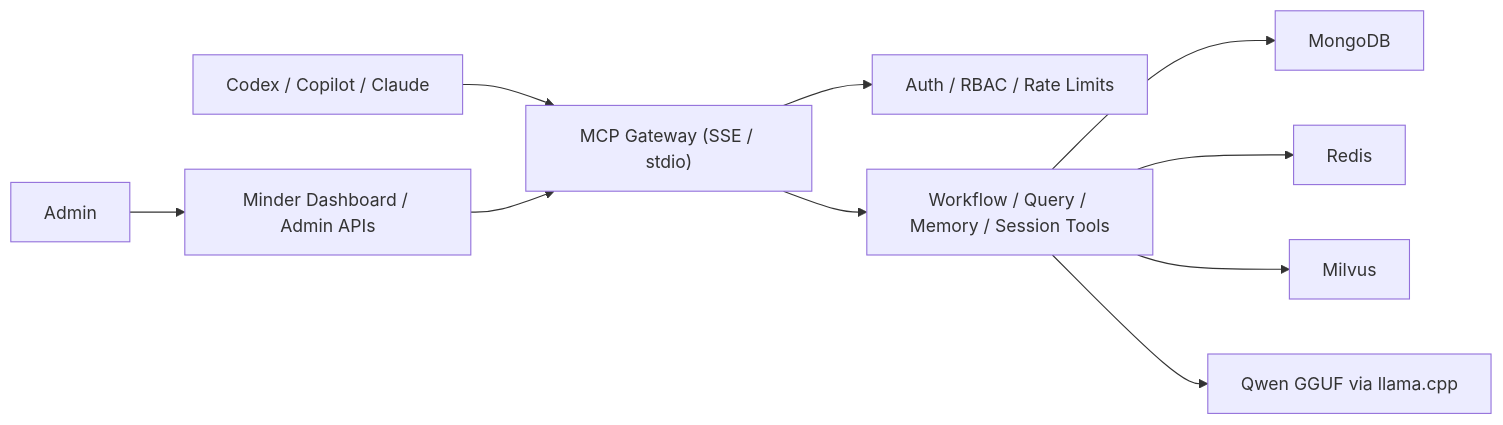
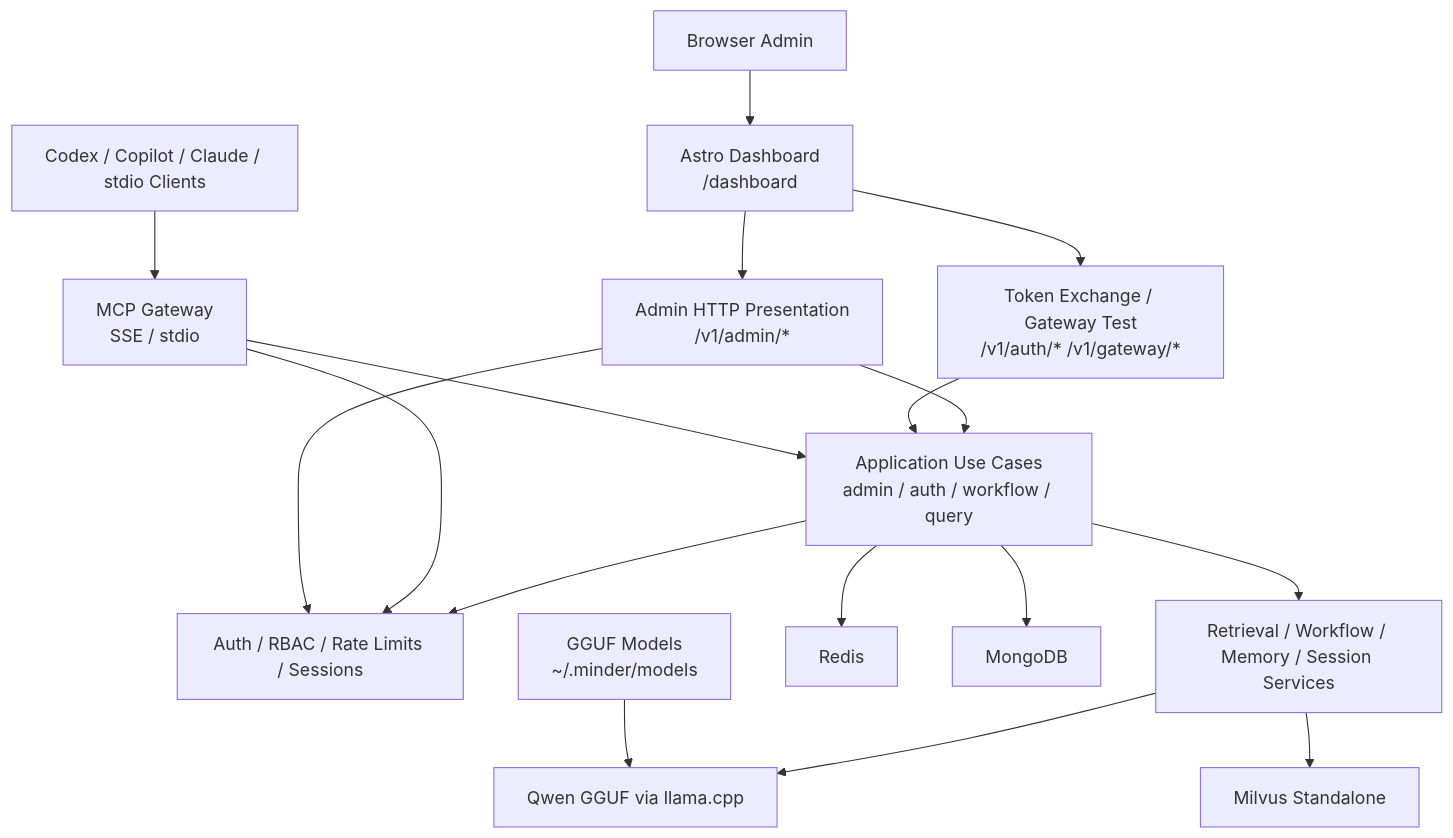
The first of 2 diagrams in README.md (hiimtrung/minder), drawn with Mermaid before and after one commit. The commit also changed other lines of this file and 71 other files, not shown here.

First line of the commit message:
feat: Implement admin dashboard with API and routing

````diff
--- a/README.md
+++ b/README.md
@@ -134,12 +149,23 @@
 ```mermaid
-flowchart LR
-    A["Admin"] --> B["Minder Dashboard / Admin APIs"]
-    C["Codex / Copilot / Claude"] --> D["MCP Gateway (SSE / stdio)"]
-    B --> D
-    D --> E["Auth / RBAC / Rate Limits"]
-    D --> F["Workflow / Query / Memory / Session Tools"]
-    F --> G["MongoDB"]
-    F --> H["Redis"]
-    F --> I["Milvus"]
-    F --> J["Qwen GGUF via llama.cpp"]
+flowchart TB
+    Browser["Browser Admin"] --> Dashboard["Astro Dashboard<br/>/dashboard"]
+    MCP["Codex / Copilot / Claude / stdio Clients"] --> Gateway["MCP Gateway<br/>SSE / stdio"]
+
+    Dashboard --> AdminHTTP["Admin HTTP Presentation<br/>/v1/admin/*"]
+    Dashboard --> TokenHTTP["Token Exchange / Gateway Test<br/>/v1/auth/* /v1/gateway/*"]
+
+    AdminHTTP --> UseCases["Application Use Cases<br/>admin / auth / workflow / query"]
+    TokenHTTP --> UseCases
+    Gateway --> UseCases
+
+    UseCases --> Auth["Auth / RBAC / Rate Limits / Sessions"]
+    UseCases --> Retrieval["Retrieval / Workflow / Memory / Session Services"]
+    Retrieval --> LLM["Qwen GGUF via llama.cpp"]
+    Retrieval --> Vector["Milvus Standalone"]
+    UseCases --> Cache["Redis"]
+    UseCases --> Ops["MongoDB"]
+
+    Models["GGUF Models<br/>~/.minder/models"] --> LLM
+    Gateway --> Auth
+    AdminHTTP --> Auth
 ```
````
